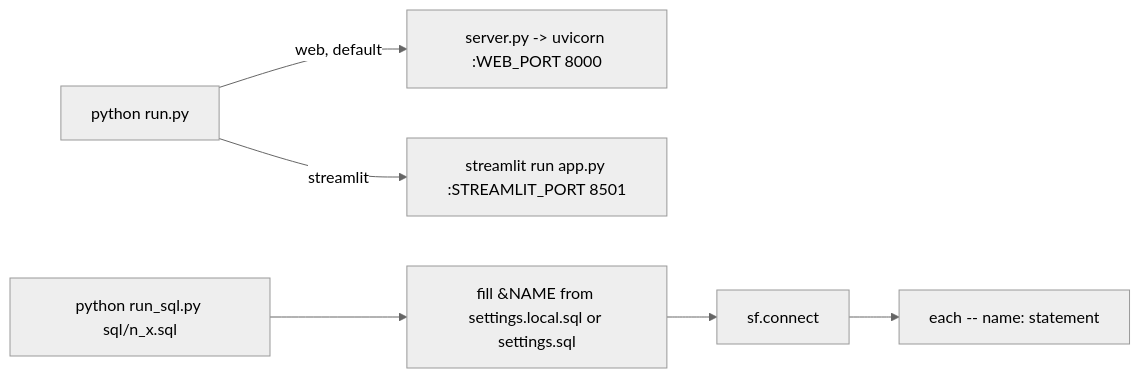
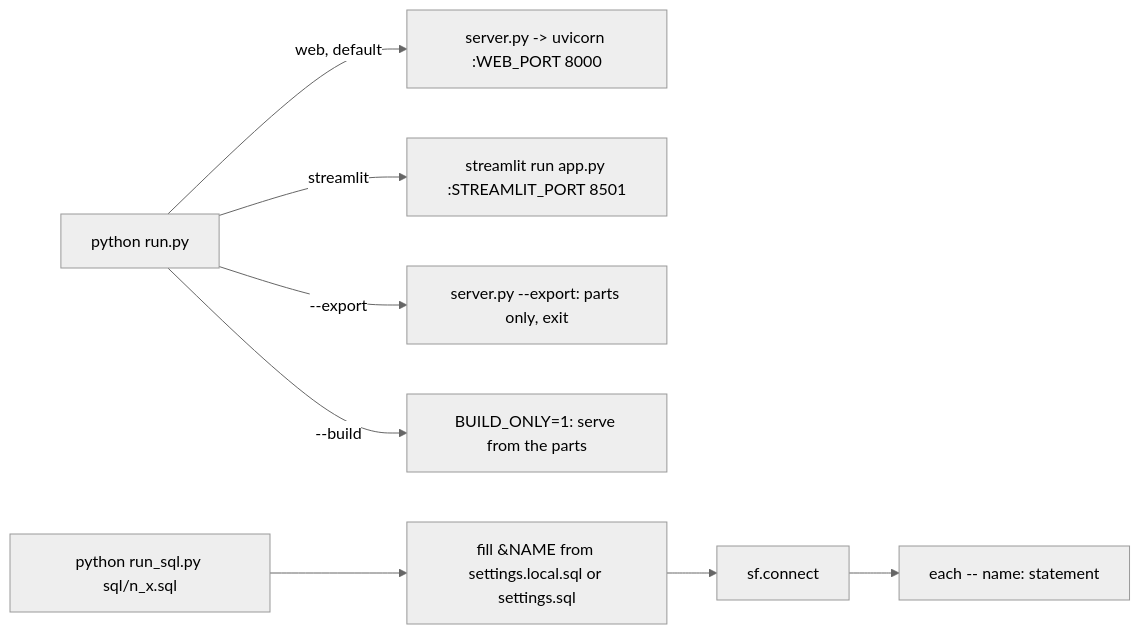
The diagram in snowflake-access-explorer-knowledge-graph/modules/run-scripts.md (darshanmeel/snowflake-access-explorer), drawn with Mermaid (neutral theme) before and after one commit. The commit also changed other lines of this file and 82 other files, not shown here.

Commit message:
Knowledge graph: parts store, two-stage load, background refresh, DuckDB rule walk, kept rule results, review fixes (to 448bdbb)

````diff
--- a/snowflake-access-explorer-knowledge-graph/modules/run-scripts.md
+++ b/snowflake-access-explorer-knowledge-graph/modules/run-scripts.md
@@ -6,8 +6,10 @@
 ```mermaid
 flowchart LR
   R[python run.py] -->|web, default| S[server.py -> uvicorn :WEB_PORT 8000]
   R -->|streamlit| A[streamlit run app.py :STREAMLIT_PORT 8501]
+  R -->|--export| E[server.py --export: parts only, exit]
+  R -->|--build| B[BUILD_ONLY=1: serve from the parts]
   RS[python run_sql.py sql/n_x.sql] --> F[fill &NAME from settings.local.sql or settings.sql]
   F --> C[sf.connect]
   C --> X[each -- name: statement]
 ```
````
